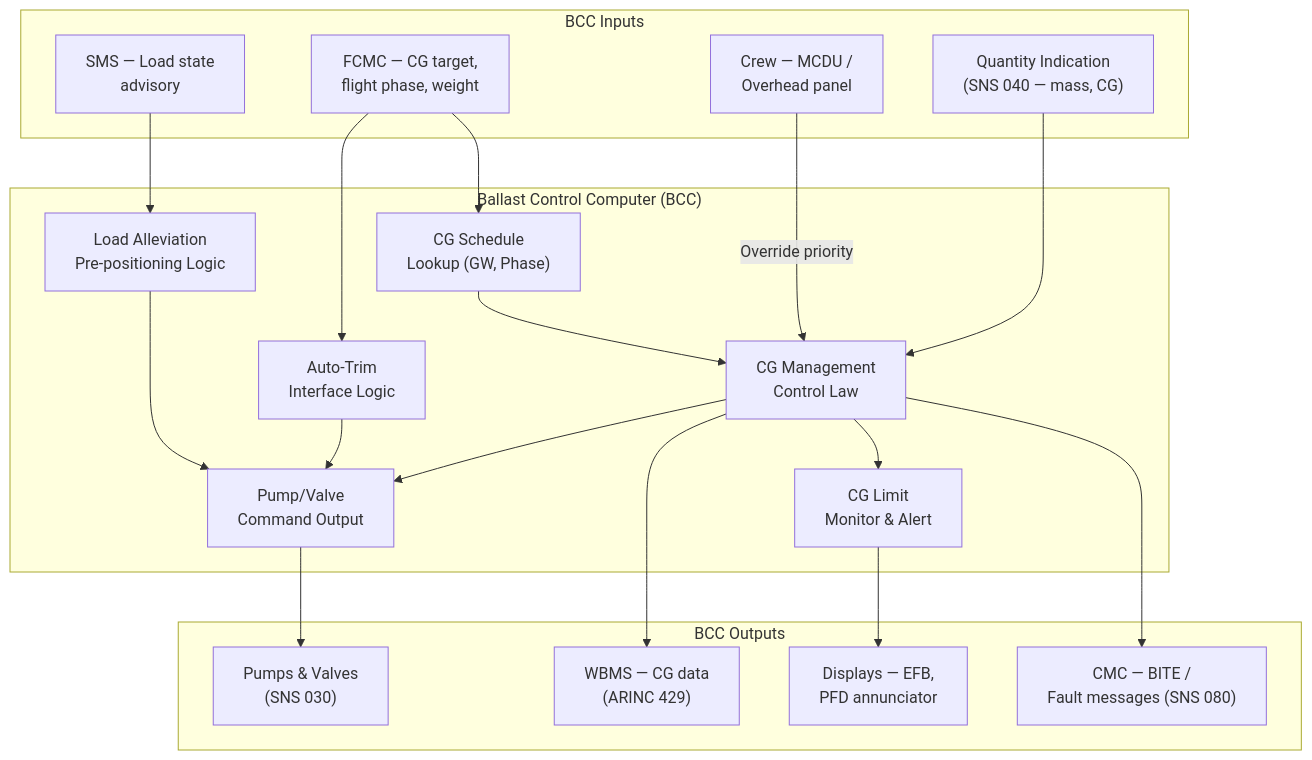
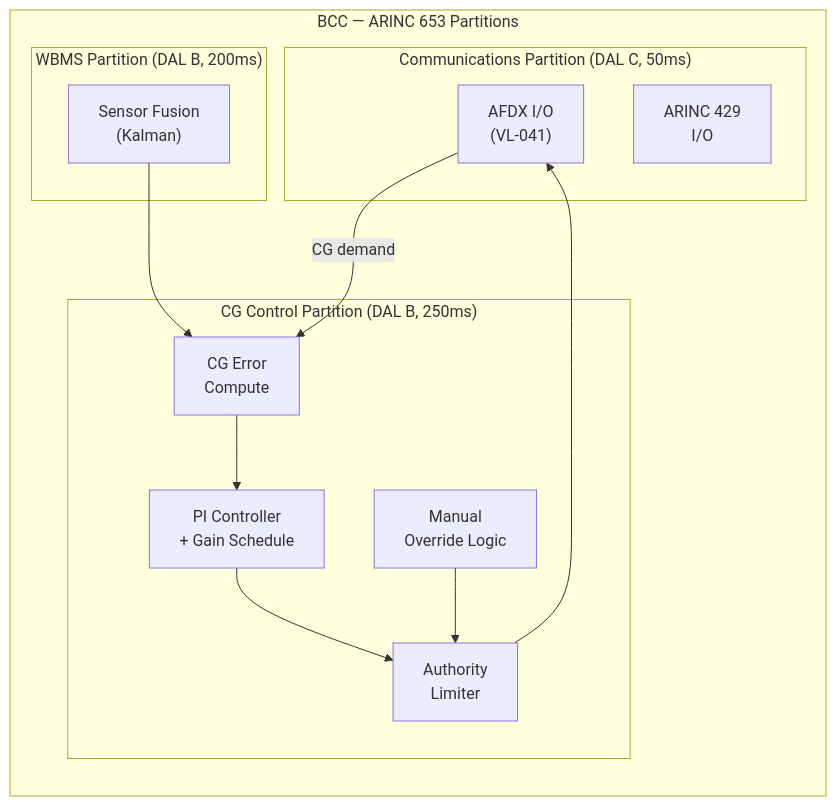
The second of 3 diagrams in Q+ATLANTIDE/000-099_ATLAS/040-049_Avionica-Informacion-y-APU/041_Water-Ballast/041-050-Ballast-Control-and-Automatic-Trim-Interfaces.md (AmedeoPelliccia/Qplus-For-All-Queer-People-and-Quantum), drawn with Mermaid before and after one commit. The commit also changed other lines of this file and 9 other files, not shown here.

````diff
--- a/Q+ATLANTIDE/000-099_ATLAS/040-049_Avionica-Informacion-y-APU/041_Water-Ballast/041-050-Ballast-Control-and-Automatic-Trim-Interfaces.md
+++ b/Q+ATLANTIDE/000-099_ATLAS/040-049_Avionica-Informacion-y-APU/041_Water-Ballast/041-050-Ballast-Control-and-Automatic-Trim-Interfaces.md
@@ -68,40 +155,30 @@
 ```mermaid
-flowchart TD
-    subgraph BCC_LRU["Ballast Control Computer (BCC)"]
-        CGLAW["CG Management\nControl Law"]
-        CGSCH["CG Schedule\nLookup (GW, Phase)"]
-        AUTOTRIM["Auto-Trim\nInterface Logic"]
-        LA["Load Alleviation\nPre-positioning Logic"]
-        MON_CG["CG Limit\nMonitor & Alert"]
-        CMD_OUT["Pump/Valve\nCommand Output"]
+graph LR
+    subgraph BCC_ARINC653["BCC — ARINC 653 Partitions"]
+        subgraph PART_WBMS["WBMS Partition (DAL B, 200ms)"]
+            SF["Sensor Fusion
+(Kalman)"]
+        end
+        subgraph PART_CGC["CG Control Partition (DAL B, 250ms)"]
+            CGE["CG Error
+Compute"]
+            PI["PI Controller
++ Gain Schedule"]
+            AUTH["Authority
+Limiter"]
+            MAN["Manual
+Override Logic"]
+            CGE --> PI --> AUTH
+            MAN --> AUTH
+        end
+        subgraph PART_COMM["Communications Partition (DAL C, 50ms)"]
+            AFDX_IO["AFDX I/O
+(VL-041)"]
+            A429_IO["ARINC 429
+I/O"]
+        end
+        SF --> CGE
+        AUTH --> AFDX_IO
+        AFDX_IO -->|CG demand| CGE
     end
-
-    subgraph INPUTS["BCC Inputs"]
-        QI["Quantity Indication\n(SNS 040 — mass, CG)"]
-        FCMC_IN["FCMC — CG target,\nflight phase, weight"]
-        SMS_IN["SMS — Load state\nadvisory"]
-        CREW_IN["Crew — MCDU /\nOverhead panel"]
-    end
-
-    subgraph OUTPUTS["BCC Outputs"]
-        PUMPS_V["Pumps & Valves\n(SNS 030)"]
-        WBMS_OUT["WBMS — CG data\n(ARINC 429)"]
-        DISP_OUT["Displays — EFB,\nPFD annunciator"]
-        CMC_OUT["CMC — BITE /\nFault messages (SNS 080)"]
-    end
-
-    QI --> CGLAW
-    FCMC_IN --> CGSCH
-    FCMC_IN --> AUTOTRIM
-    SMS_IN --> LA
-    CREW_IN -->|Override priority| CGLAW
-    CGSCH --> CGLAW
-    CGLAW --> MON_CG
-    CGLAW --> CMD_OUT
-    AUTOTRIM --> CMD_OUT
-    LA --> CMD_OUT
-    MON_CG --> DISP_OUT
-    CMD_OUT --> PUMPS_V
-    CGLAW --> WBMS_OUT
-    CGLAW --> CMC_OUT
 ```
````
